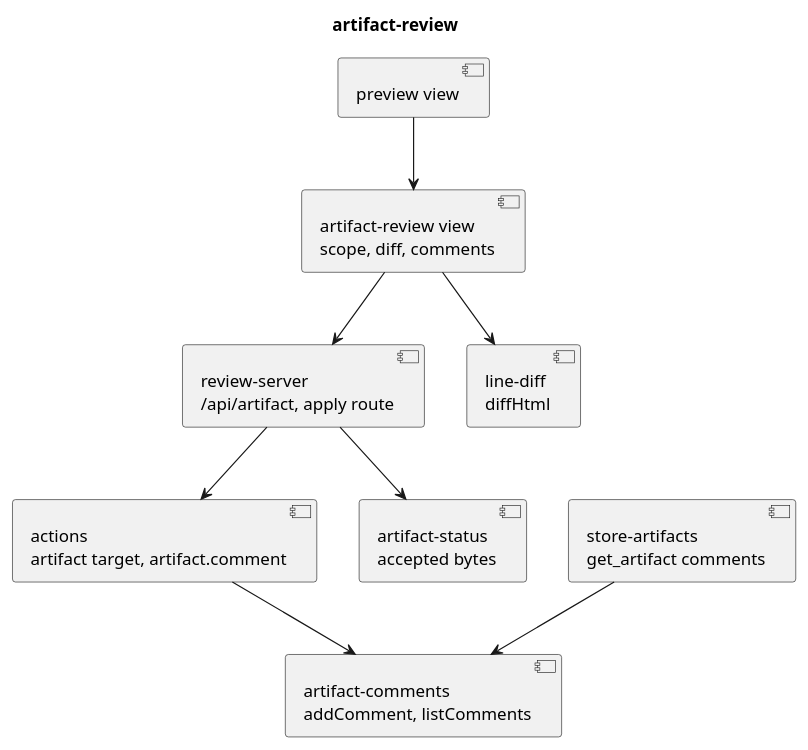
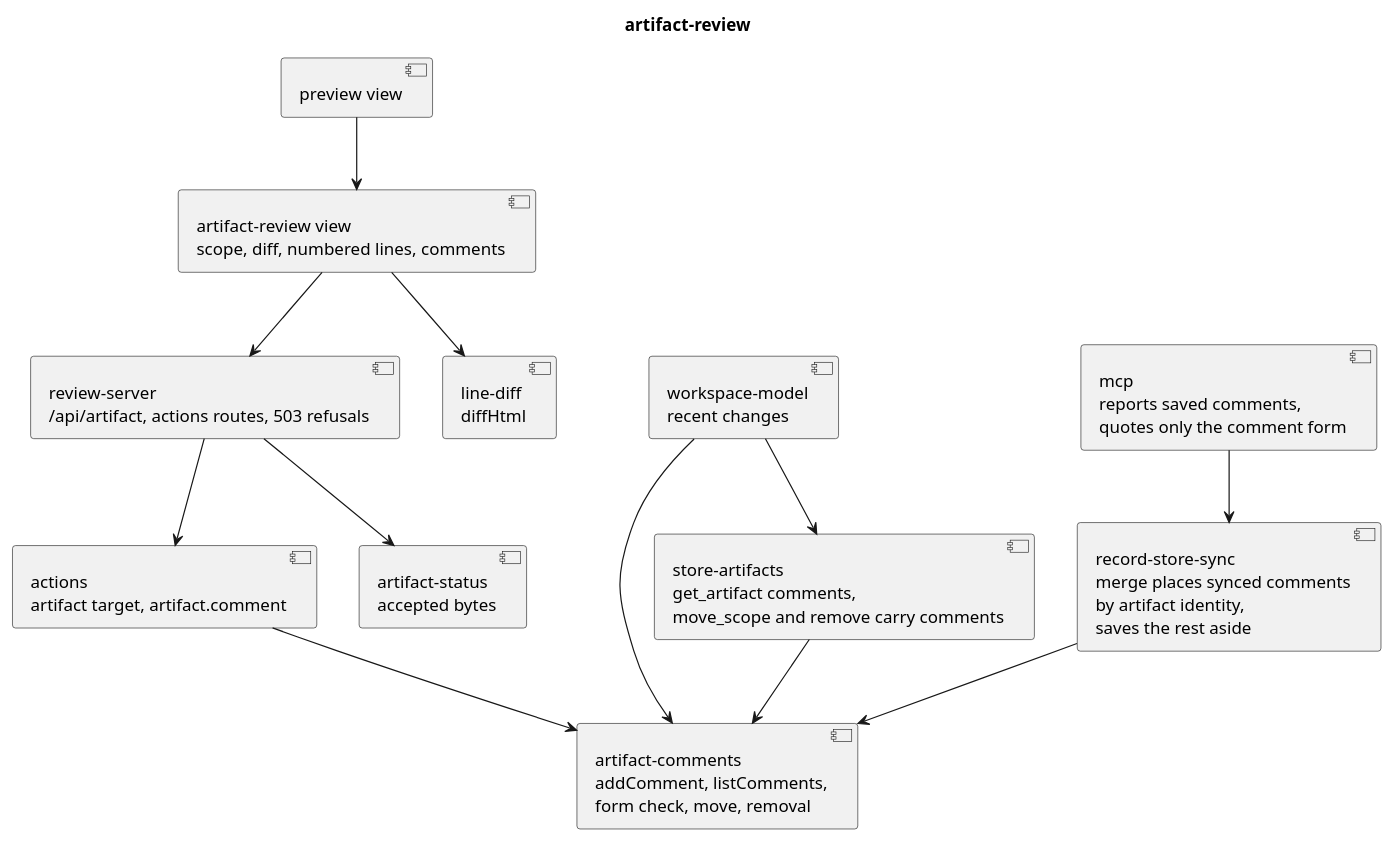
Before and after one commit to RumyantsevMichael/Prism: the diagram in docs/plans/workspace-artifacts/artifact-review/code.puml, drawn with PlantUML. The commit also changed 10 other files, not shown here.

First line of the commit message:
chore: give store artifacts an identity and record approvals in their history

```diff
--- a/docs/plans/workspace-artifacts/artifact-review/code.puml
+++ b/docs/plans/workspace-artifacts/artifact-review/code.puml
@@ -1,20 +1,27 @@
 @startuml
 title artifact-review
 
-component "artifact-comments\naddComment, listComments" as comments
-component "review-server\n/api/artifact, apply route" as server
+component "artifact-comments\naddComment, listComments,\nform check, move, removal" as comments
+component "review-server\n/api/artifact, actions routes, 503 refusals" as server
 component "actions\nartifact target, artifact.comment" as actions
-component "artifact-review view\nscope, diff, comments" as view
+component "artifact-review view\nscope, diff, numbered lines, comments" as view
 component "line-diff\ndiffHtml" as diff
 component "preview view" as preview
-component "store-artifacts\nget_artifact comments" as tools
+component "store-artifacts\nget_artifact comments,\nmove_scope and remove carry comments" as tools
 component "artifact-status\naccepted bytes" as status
+component "workspace-model\nrecent changes" as model
+component "record-store-sync\nmerge places synced comments\nby artifact identity,\nsaves the rest aside" as sync
+component "mcp\nreports saved comments,\nquotes only the comment form" as mcp
 
 server --> actions
 actions --> comments
 server --> status
 tools --> comments
+model --> comments
+model --> tools
+sync --> comments
+mcp --> sync
 preview --> view
 view --> diff
 view --> server
 @enduml
```
